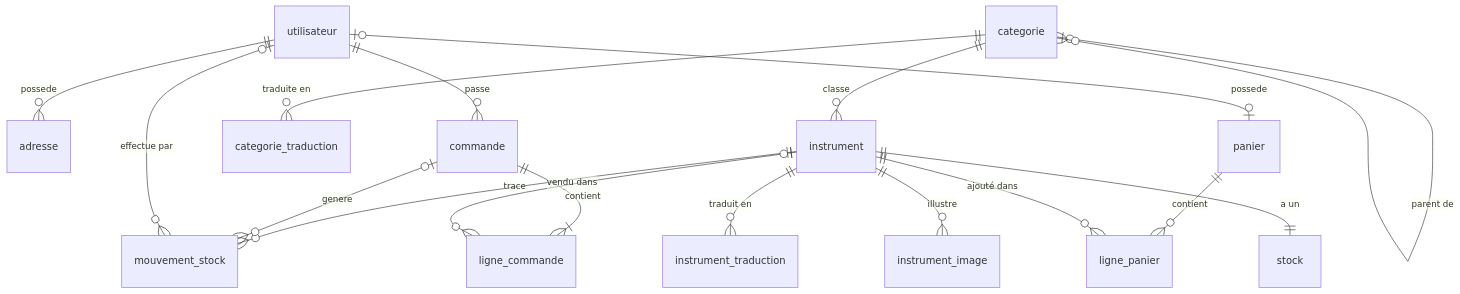
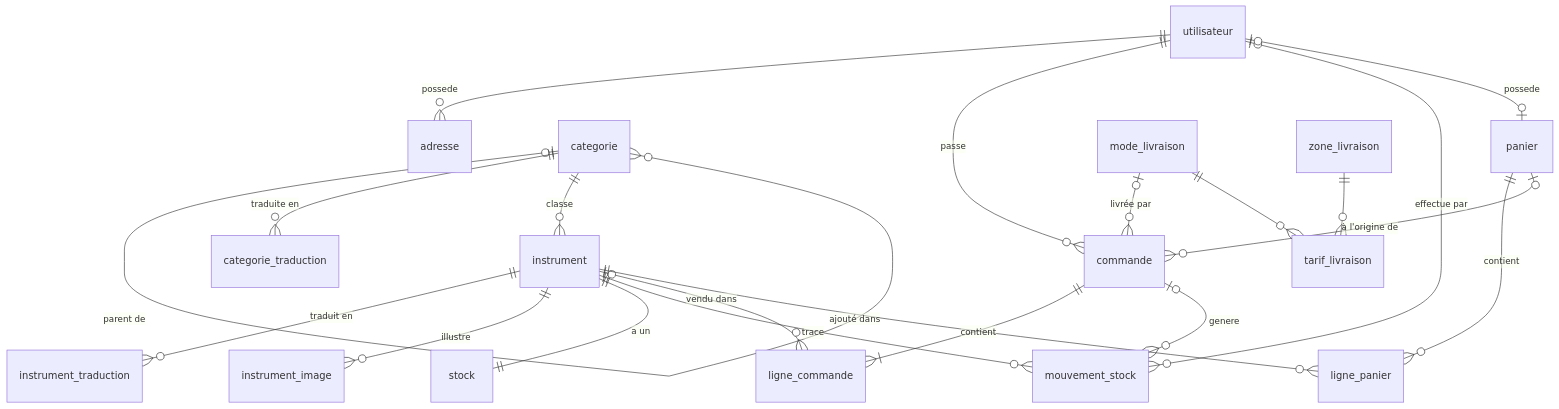
Before and after one commit to mikhawa/instruments: the first of 2 diagrams in docs/architecture/database-schema.md, drawn with Mermaid. The commit also changed other lines of this file and 8 other files, not shown here.

````diff
--- a/docs/architecture/database-schema.md
+++ b/docs/architecture/database-schema.md
@@ -24,19 +24,23 @@
 ```mermaid
 erDiagram
     utilisateur ||--o{ adresse : possede
     utilisateur ||--o{ commande : passe
     categorie |o--o{ categorie : "parent de"
     categorie ||--o{ categorie_traduction : "traduite en"
     categorie ||--o{ instrument : classe
     instrument ||--o{ instrument_traduction : "traduit en"
     instrument ||--o{ instrument_image : illustre
     instrument ||--|| stock : "a un"
     instrument ||--o{ mouvement_stock : trace
     commande ||--|{ ligne_commande : contient
     instrument |o--o{ ligne_commande : "vendu dans"
     commande |o--o{ mouvement_stock : genere
     utilisateur |o--o{ mouvement_stock : "effectue par"
     utilisateur |o--o| panier : possede
     panier ||--o{ ligne_panier : contient
     instrument ||--o{ ligne_panier : "ajouté dans"
+    panier |o--o{ commande : "à l'origine de"
+    mode_livraison |o--o{ commande : "livrée par"
+    zone_livraison ||--o{ tarif_livraison : ""
+    mode_livraison ||--o{ tarif_livraison : ""
 ```
````
